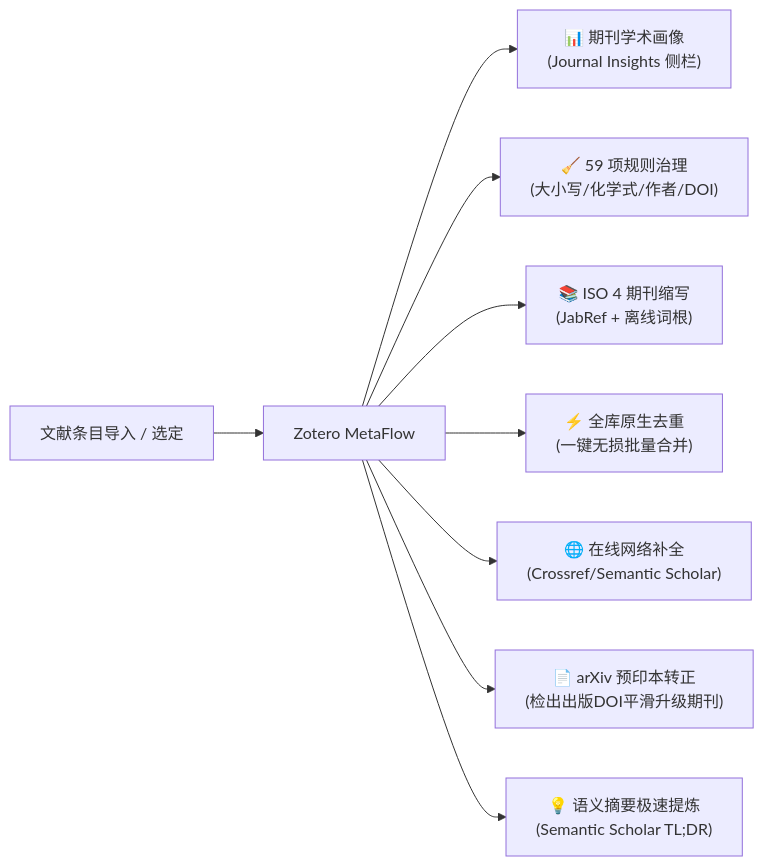
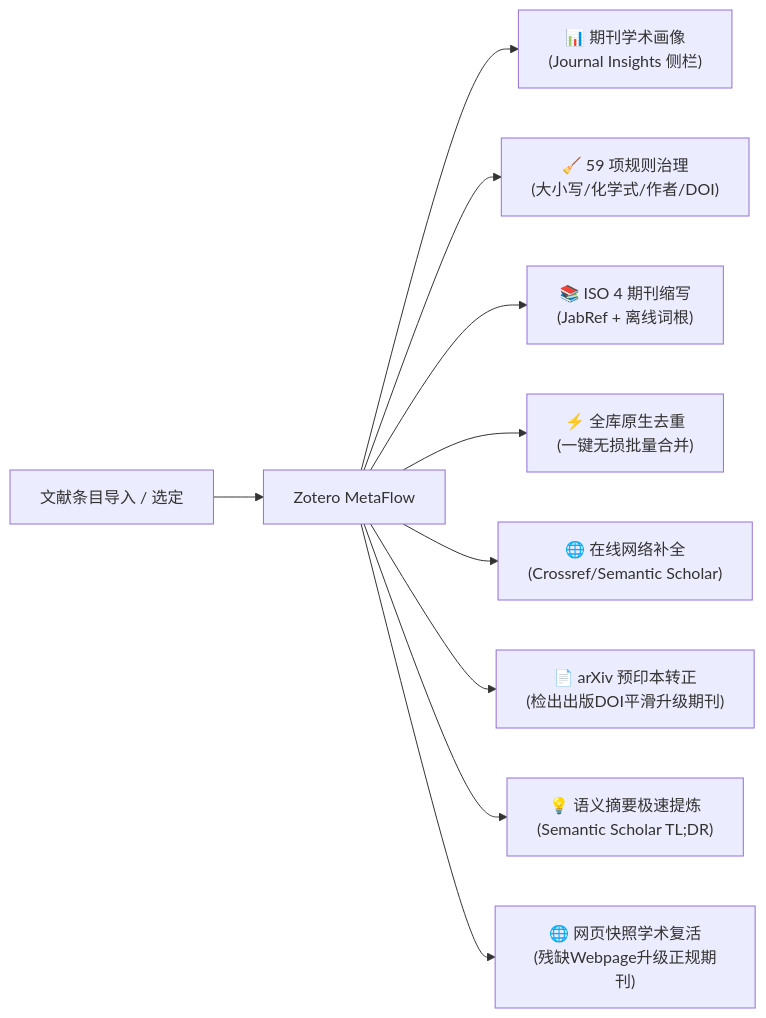
Before and after one commit to groele/MetaRef-for-Zotero: the diagram in README.md, drawn with Mermaid. The commit also changed other lines of this file and 28 other files, not shown here.

````diff
--- a/README.md
+++ b/README.md
@@ -33,11 +33,12 @@
 ```mermaid
 graph LR
     A["文献条目导入 / 选定"] --> B["Zotero MetaFlow"]
     B --> C["📊 期刊学术画像<br/>(Journal Insights 侧栏)"]
     B --> D["🧹 59 项规则治理<br/>(大小写/化学式/作者/DOI)"]
     B --> E["📚 ISO 4 期刊缩写<br/>(JabRef + 离线词根)"]
     B --> F["⚡ 全库原生去重<br/>(一键无损批量合并)"]
     B --> G["🌐 在线网络补全<br/>(Crossref/Semantic Scholar)"]
     B --> H["📄 arXiv 预印本转正<br/>(检出出版DOI平滑升级期刊)"]
     B --> I["💡 语义摘要极速提炼<br/>(Semantic Scholar TL;DR)"]
+    B --> J["🌐 网页快照学术复活<br/>(残缺Webpage升级正规期刊)"]
 ```
````
